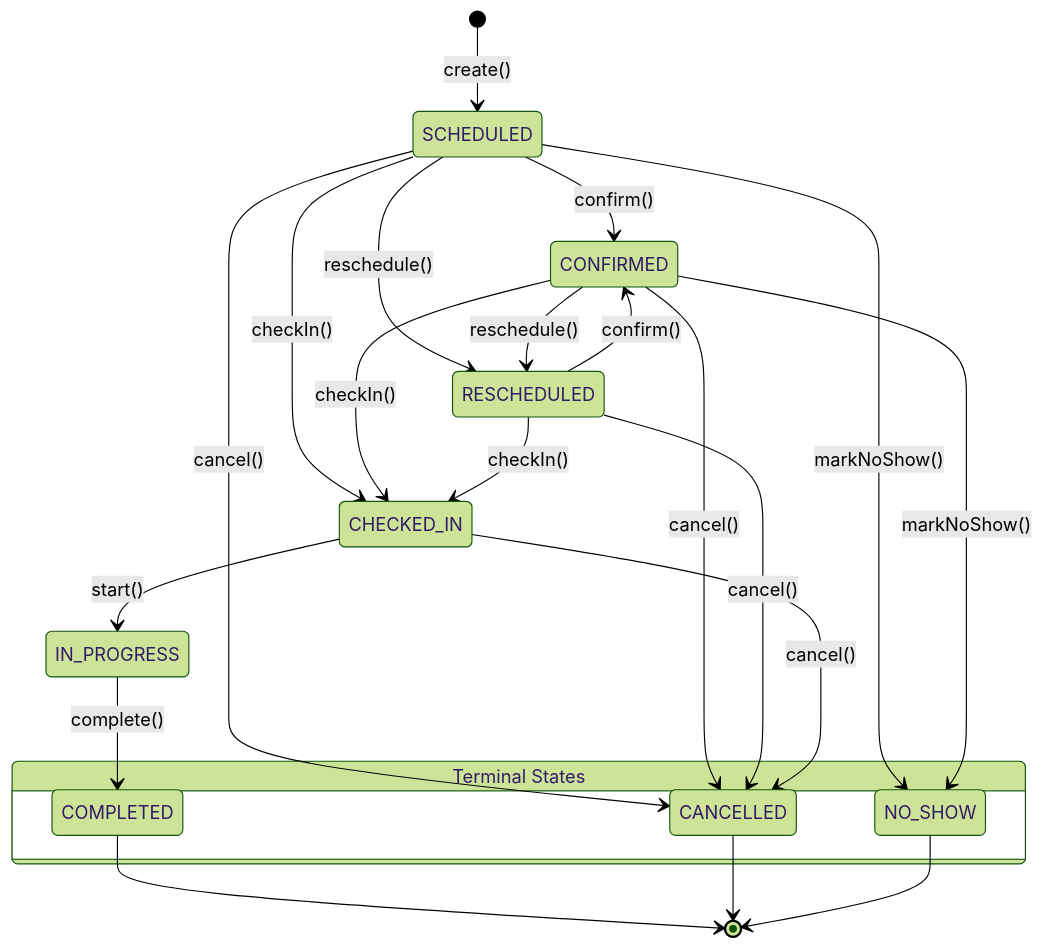
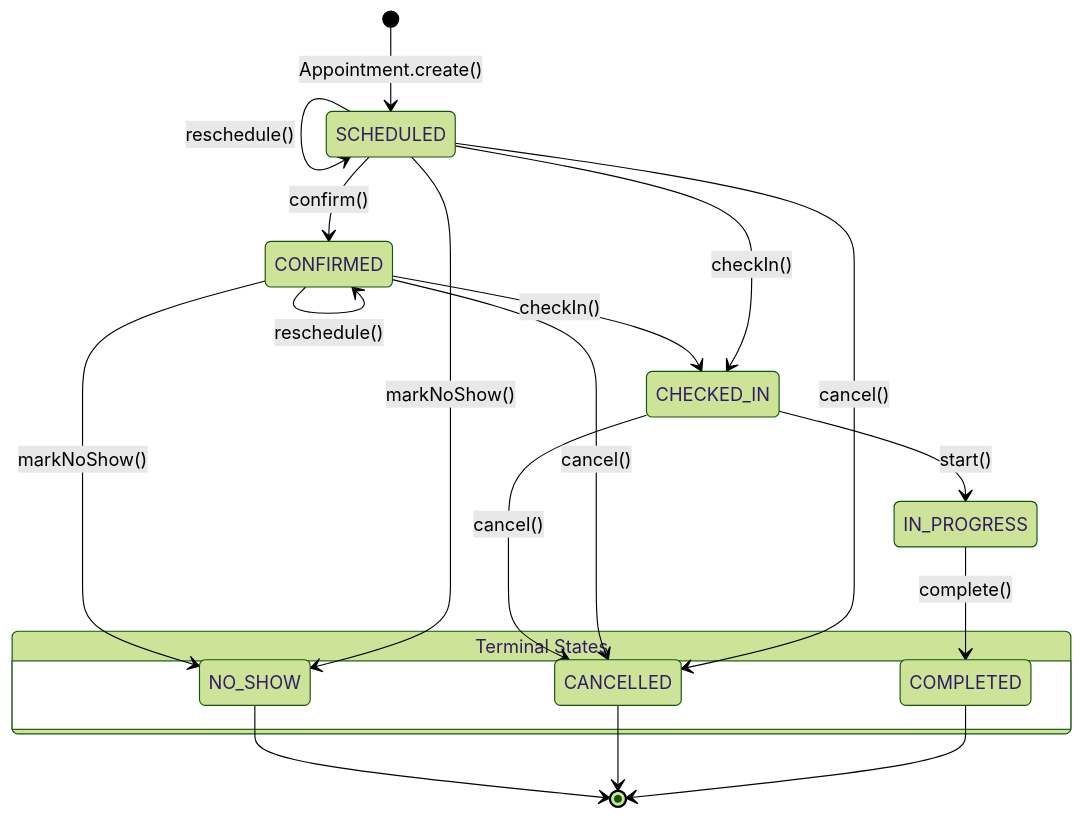
Before and after one commit to izzydin/kinergy-platform: the diagram in docs/scheduling/state-machine-diagram.md, drawn with Mermaid (forest theme). The commit also changed other lines of this file and 9 other files, not shown here.

````diff
--- a/docs/scheduling/state-machine-diagram.md
+++ b/docs/scheduling/state-machine-diagram.md
@@ -3,34 +19,30 @@
 ```mermaid
 stateDiagram-v2
-    [*] --> SCHEDULED : create()
+    [*] --> SCHEDULED : Appointment.create()
 
     SCHEDULED --> CONFIRMED : confirm()
     SCHEDULED --> CHECKED_IN : checkIn()
-    SCHEDULED --> RESCHEDULED : reschedule()
     SCHEDULED --> CANCELLED : cancel()
     SCHEDULED --> NO_SHOW : markNoShow()
+    SCHEDULED --> SCHEDULED : reschedule()
 
     CONFIRMED --> CHECKED_IN : checkIn()
-    CONFIRMED --> RESCHEDULED : reschedule()
     CONFIRMED --> CANCELLED : cancel()
     CONFIRMED --> NO_SHOW : markNoShow()
-
-    RESCHEDULED --> CONFIRMED : confirm()
-    RESCHEDULED --> CHECKED_IN : checkIn()
-    RESCHEDULED --> CANCELLED : cancel()
+    CONFIRMED --> CONFIRMED : reschedule()
 
     CHECKED_IN --> IN_PROGRESS : start()
     CHECKED_IN --> CANCELLED : cancel()
 
     IN_PROGRESS --> COMPLETED : complete()
 
     state "Terminal States" as Terminal {
         COMPLETED
         CANCELLED
         NO_SHOW
     }
 
     COMPLETED --> [*]
     CANCELLED --> [*]
     NO_SHOW --> [*]
 ```
````
